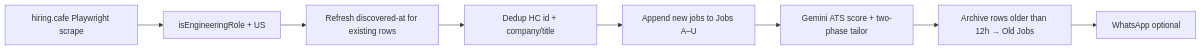
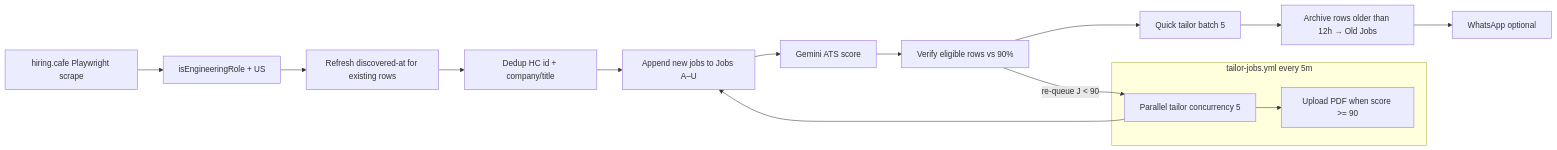
The diagram in docs/JOBS-PIPELINE.md (koundinyapidaparthydev/koundinyaportfolio), drawn with Mermaid before and after one commit. The commit also changed other lines of this file and 18 other files, not shown here.

First line of the commit message:
Implement 90% ATS guarantee pipeline with parallel tailoring.

````diff
--- a/docs/JOBS-PIPELINE.md
+++ b/docs/JOBS-PIPELINE.md
@@ -15,11 +15,22 @@
 ```mermaid
 flowchart LR
   HC[hiring.cafe Playwright scrape]
   HC --> Filter[isEngineeringRole + US]
   Filter --> Refresh[Refresh discovered-at for existing rows]
   Refresh --> Dedup[Dedup HC id + company/title]
   Dedup --> Sheet[Append new jobs to Jobs A–U]
-  Sheet --> ATS[Gemini ATS score + two-phase tailor]
-  ATS --> Archive[Archive rows older than 12h → Old Jobs]
+  Sheet --> ATS[Gemini ATS score]
+  ATS --> Verify[Verify eligible rows vs 90%]
+  Verify --> TailorQuick[Quick tailor batch 5]
+  TailorQuick --> Archive[Archive rows older than 12h → Old Jobs]
   Archive --> Notify[WhatsApp optional]
+
+  subgraph tailorWF [tailor-jobs.yml every 5m]
+    Parallel[Parallel tailor concurrency 5]
+    Save[Upload PDF when score >= 90]
+    Parallel --> Save
+  end
+
+  Verify -->|re-queue J < 90| Parallel
+  Parallel --> Sheet
 ```
````
